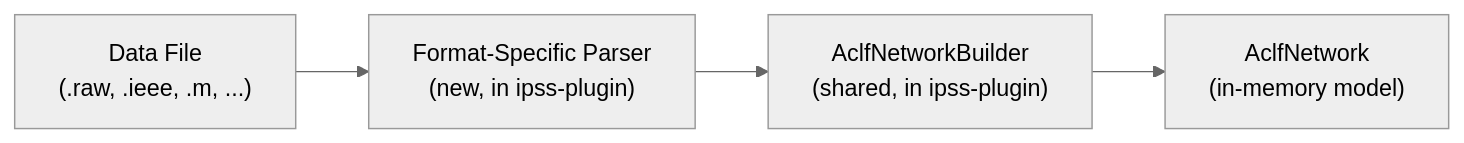
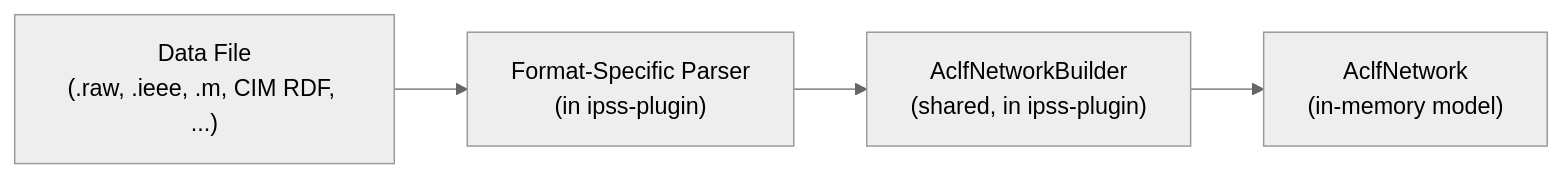
Before and after one commit to InterPSS-Project/ipss-plugin: the second of 3 diagrams in docs/odm/file_adapter_odm_bypass_aclfnet-plan.md, drawn with Mermaid (neutral theme). The commit also changed other lines of this file, not shown here.

````diff
--- a/docs/odm/file_adapter_odm_bypass_aclfnet-plan.md
+++ b/docs/odm/file_adapter_odm_bypass_aclfnet-plan.md
@@ -54,6 +73,6 @@
 ```mermaid
 flowchart LR
-    File["Data File\n(.raw, .ieee, .m, ...)"] --> Parser["Format-Specific Parser\n(new, in ipss-plugin)"]
+    File["Data File\n(.raw, .ieee, .m, CIM RDF, ...)"] --> Parser["Format-Specific Parser\n(in ipss-plugin)"]
     Parser --> Builder["AclfNetworkBuilder\n(shared, in ipss-plugin)"]
     Builder --> Network["AclfNetwork\n(in-memory model)"]
 ```
````
